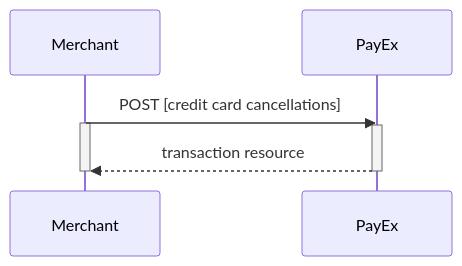
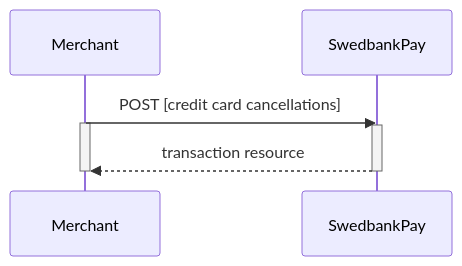
The ninth of 10 diagrams in payments/credit-card/after-payment.md (SwedbankPay/developer.swedbankpay.com), drawn with Mermaid before and after one commit. The commit also changed other lines of this file and 3 other files, not shown here.

````diff
--- a/payments/credit-card/after-payment.md
+++ b/payments/credit-card/after-payment.md
@@ -702,9 +702,9 @@
 ```mermaid
 sequenceDiagram
-  Merchant->>PayEx: POST [credit card cancellations]
+  Merchant->>SwedbankPay: POST [credit card cancellations]
   Activate Merchant
-  Activate PayEx
-  PayEx-->>Merchant: transaction resource
-  Deactivate PayEx
+  Activate SwedbankPay
+  SwedbankPay-->>Merchant: transaction resource
+  Deactivate SwedbankPay
   Deactivate Merchant
 ```
````
